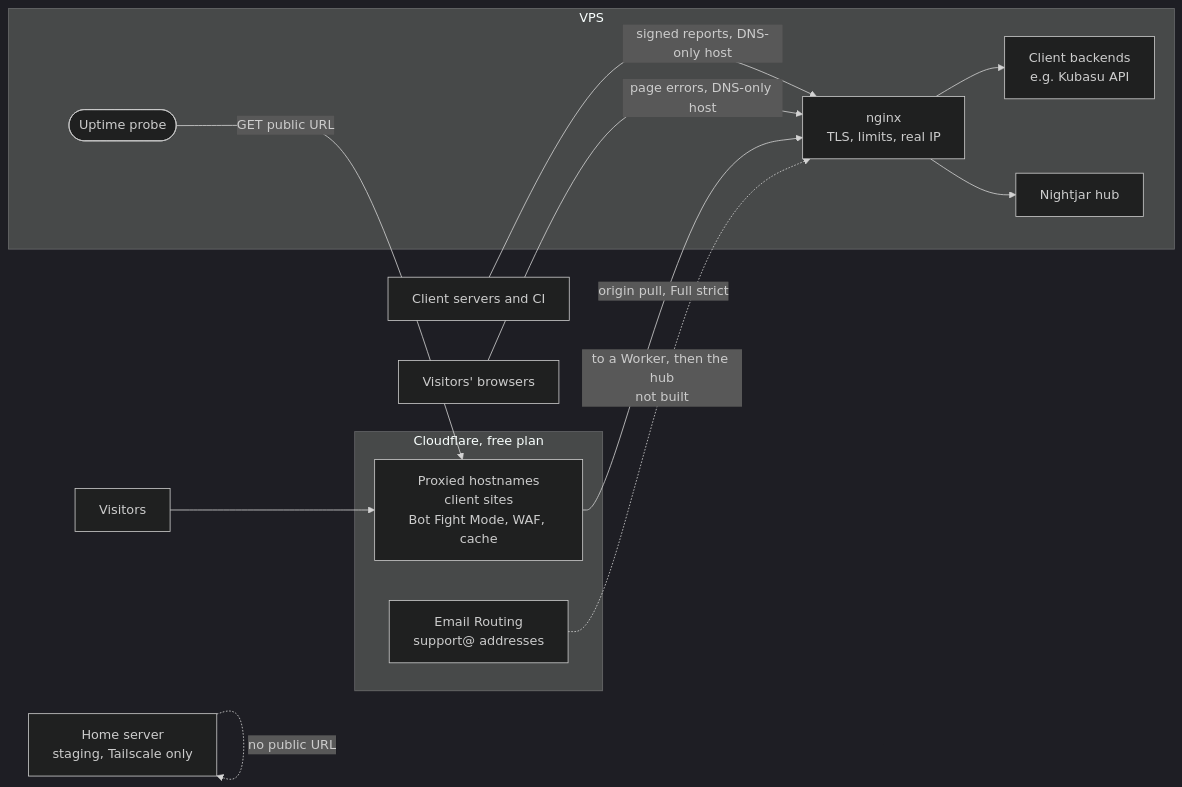
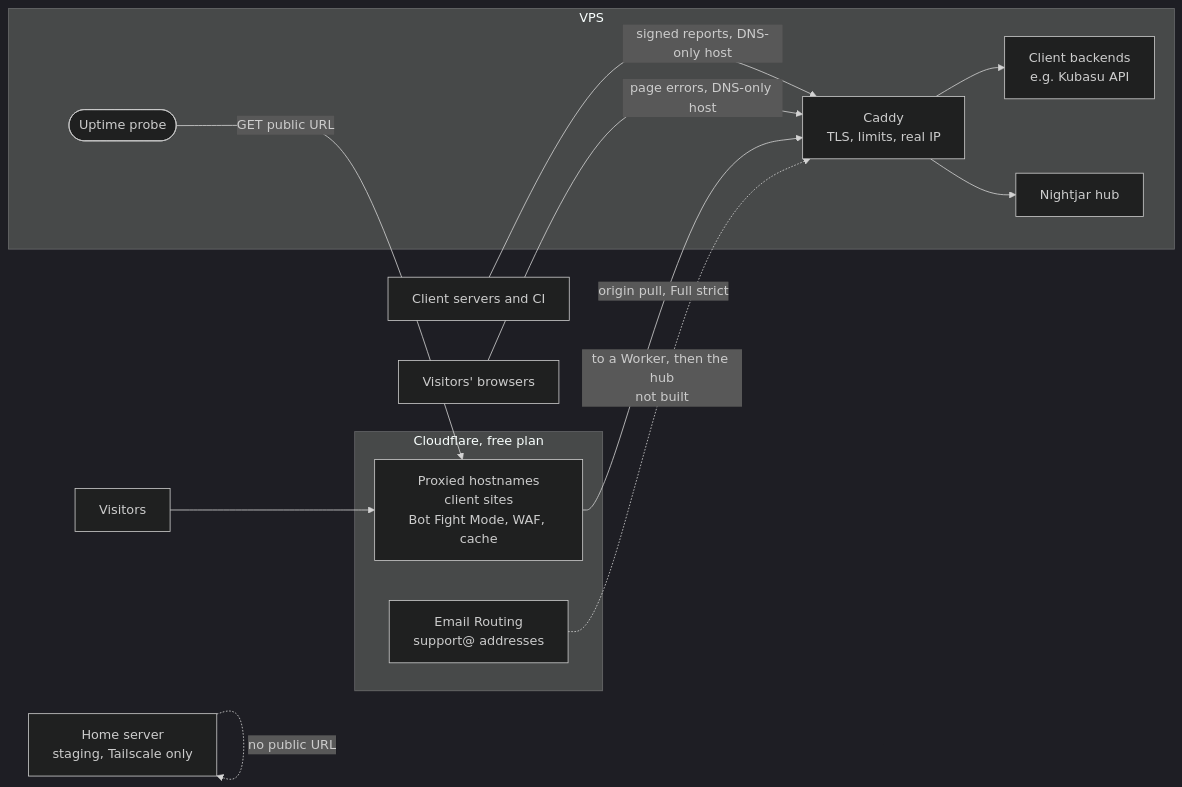
One commit to em-brandon/Nightjar changed the diagram in docs/CLOUDFLARE.md. Above: the diagram before and after it, drawn with Mermaid (dark theme). The commit also changed other lines of this file and 2 other files, not shown here.

First line of the commit message:
Keep Caddy: rewrite the Cloudflare checklist around it

````diff
--- a/docs/CLOUDFLARE.md
+++ b/docs/CLOUDFLARE.md
@@ -37,25 +38,25 @@
 ```mermaid
 flowchart LR
     V["Visitors"]
     subgraph cf["Cloudflare, free plan"]
         EDGE["Proxied hostnames<br/>client sites<br/>Bot Fight Mode, WAF, cache"]
         MAIL["Email Routing<br/>support@ addresses"]
     end
     subgraph vps["VPS"]
-        NGX["nginx<br/>TLS, limits, real IP"]
+        CADDY["Caddy<br/>TLS, limits, real IP"]
         HUB["Nightjar hub"]
         APP["Client backends<br/>e.g. Kubasu API"]
         PROBE(["Uptime probe"])
     end
     HOME["Home server<br/>staging, Tailscale only"]
 
     V --> EDGE
-    EDGE -- "origin pull, Full strict" --> NGX
-    NGX --> APP
-    NGX --> HUB
-    SRV["Client servers and CI"] -- "signed reports, DNS-only host" --> NGX
-    PAGE["Visitors' browsers"] -- "page errors, DNS-only host" --> NGX
+    EDGE -- "origin pull, Full strict" --> CADDY
+    CADDY --> APP
+    CADDY --> HUB
+    SRV["Client servers and CI"] -- "signed reports, DNS-only host" --> CADDY
+    PAGE["Visitors' browsers"] -- "page errors, DNS-only host" --> CADDY
     PROBE -- "GET public URL" --> EDGE
-    MAIL -. "to a Worker, then the hub<br/>not built" .-> NGX
+    MAIL -. "to a Worker, then the hub<br/>not built" .-> CADDY
     HOME -. "no public URL" .-> HOME
 ```
````
